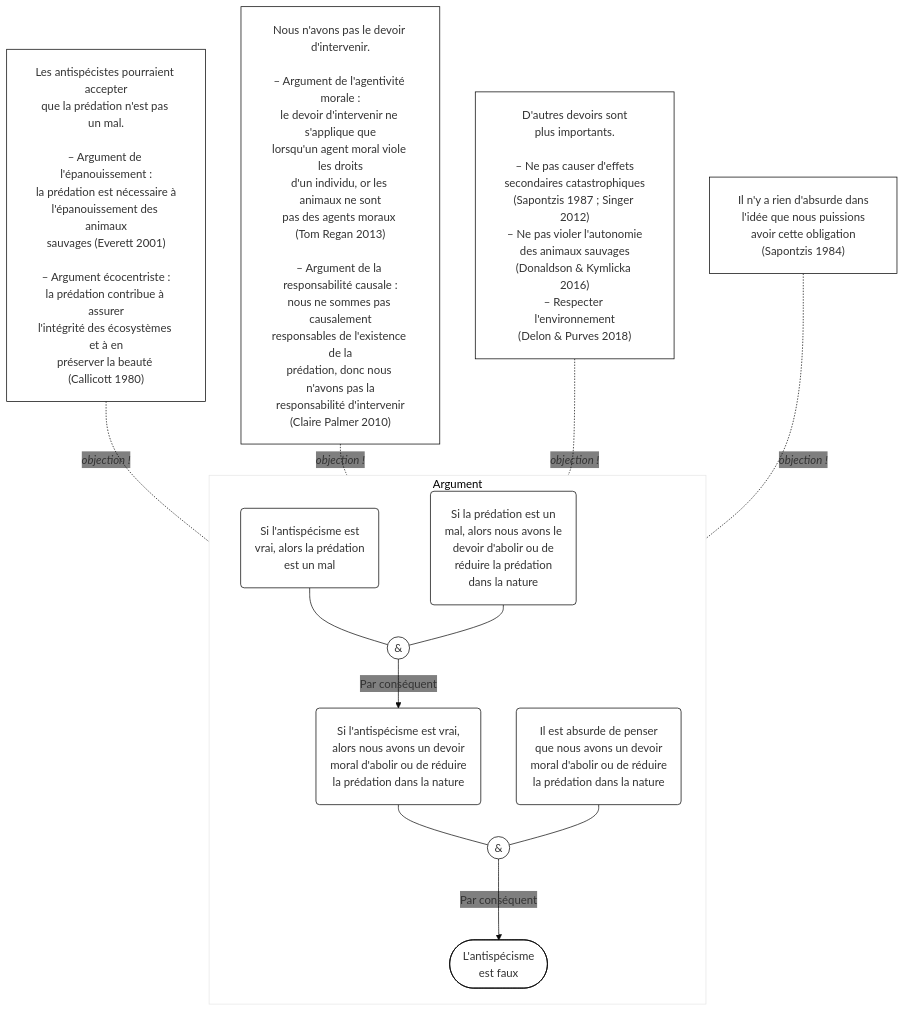
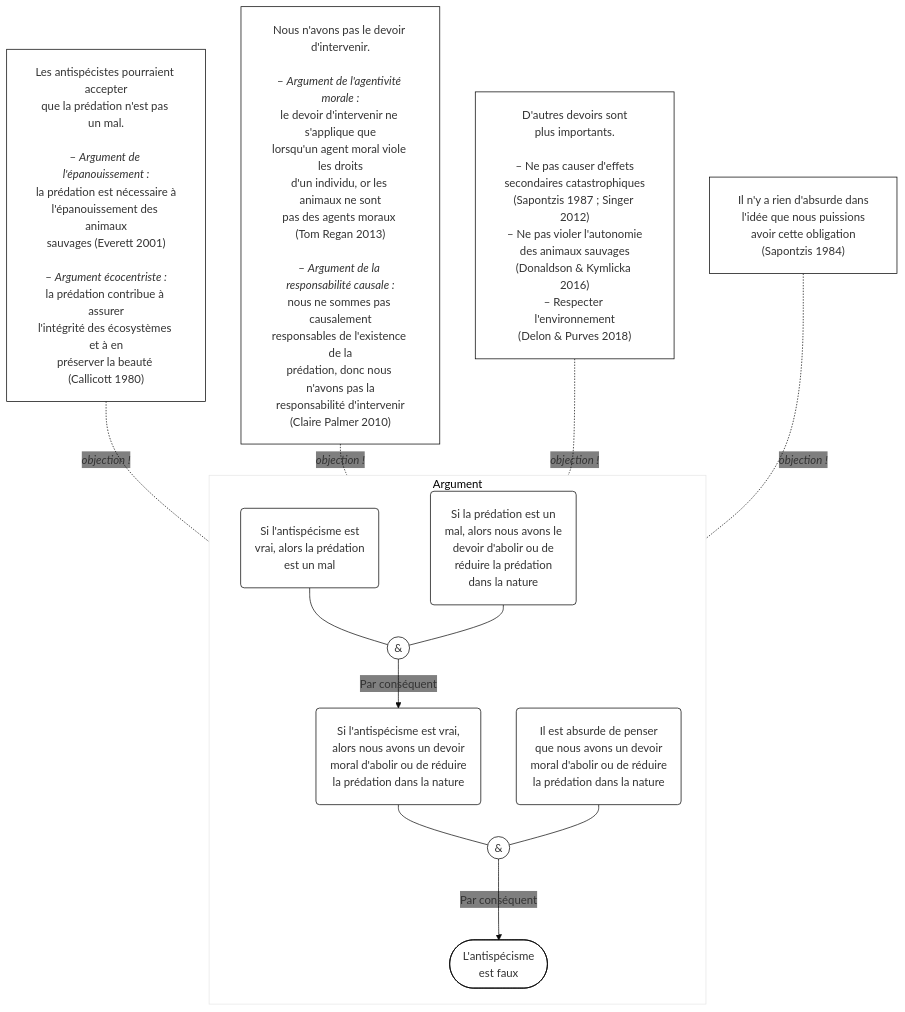
Before and after one commit to eyssette/arguments: the diagram in argument-predation-objections.mmd, drawn with Mermaid. The commit also changed 1 other file, not shown here.

```diff
--- a/argument-predation-objections.mmd
+++ b/argument-predation-objections.mmd
@@ -1,89 +1,89 @@
 %%{init: {"theme":"base","themeCSS": "#Argument rect{stroke:transparent; fill:#e5e5e5} #Argument span {color:transparent} .edgeLabel{color:#888; font-size:0.9em; margin-right:3px} .edgeLabel i{color:crimson} .edge-pattern-dotted{stroke:crimson} .edge-pattern-solid{stroke:green} #flowchart-pointEnd{fill:green}  g[id*=\"O\"] *{stroke:crimson!important; font-size:0.95em} circle+g span{color:white; } circle{fill:green!important} g[id*=\"C\"] * {fill:black;color:white;font-weight:bold}","themeVariables":{"secondaryColor":"transparent","primaryColor":"white","primaryBorderColor":"black"},"flowchart":{"htmlLabels":true,"padding":20,"rankSpacing":20}} }%%
 flowchart TB
 %%accTitle: Titre
 %%accDescr: Description
 subgraph Argument
 direction TB
 %% 1("Prémisse")
 %% Pour utiliser les guillemets dans une prémisse : #quot;
 %% 1 -->|Par conséquent|2
 %% 1 & 2 --- PL1((&))
 %% C(["Conclusion"])
 1("Si l'antispécisme est
 vrai, alors la prédation
 est un mal")
 2("Si la prédation est un
 mal, alors nous avons le
 devoir d'abolir ou de
 réduire la prédation
 dans la nature")
 3("Si l'antispécisme est vrai,
 alors nous avons un devoir
 moral d'abolir ou de réduire
 la prédation dans la nature")
 4("Il est absurde de penser
 que nous avons un devoir
 moral d'abolir ou de réduire
 la prédation dans la nature")
 
 1 & 2 --- PL1((&))
 PL1-->|Par conséquent|3
 3 & 4 --- PL2((&))
 PL2--->|Par conséquent|C
 
 C(["L'antispécisme
 est faux"])
 end
 
 %% OBJECTIONS
 %% O1["Objection"]
 %% O1-.-|<i>objection !</i>|3
 
 O1["Les antispécistes pourraient accepter
 que la prédation n'est pas un mal.
 
-– Argument de l'épanouissement :
+– <i>Argument de l'épanouissement :</i>
 la prédation est nécessaire à
 l'épanouissement des animaux
 sauvages (Everett 2001)
 
-– Argument écocentriste :
+– <i>Argument écocentriste :</i>
 la prédation contribue à assurer
 l'intégrité des écosystèmes et à en
 préserver la beauté (Callicott 1980)"]
 O1-.-|<i>objection !</i>|1
 
 O2a["Nous n'avons pas le devoir d'intervenir.
 
-– Argument de l'agentivité morale :
+– <i>Argument de l'agentivité morale :</i>
 le devoir d'intervenir ne s'applique que
 lorsqu'un agent moral viole les droits
 d'un individu, or les animaux ne sont
 pas des agents moraux (Tom Regan 2013)
 
-– Argument de la responsabilité causale :
+– <i>Argument de la responsabilité causale :</i>
 nous ne sommes pas causalement
 responsables de l'existence de la
 prédation, donc nous n'avons pas la
 responsabilité d'intervenir
 (Claire Palmer 2010)"]
 O2a-.-|<i>objection !</i>|2
 
 O2b["D'autres devoirs sont
 plus importants.
 
 – Ne pas causer d'effets
 secondaires catastrophiques
 (Sapontzis 1987 ; Singer 2012)
 – Ne pas violer l'autonomie
 des animaux sauvages
 (Donaldson & Kymlicka 2016)
 – Respecter l'environnement
 (Delon & Purves 2018)"]
 O2b-.-|<i>objection !</i>|2
 
 O3["Il n'y a rien d'absurde dans
 l'idée que nous puissions
 avoir cette obligation
 (Sapontzis 1984)"]
 O3-.-|<i>objection !</i>|4
```
